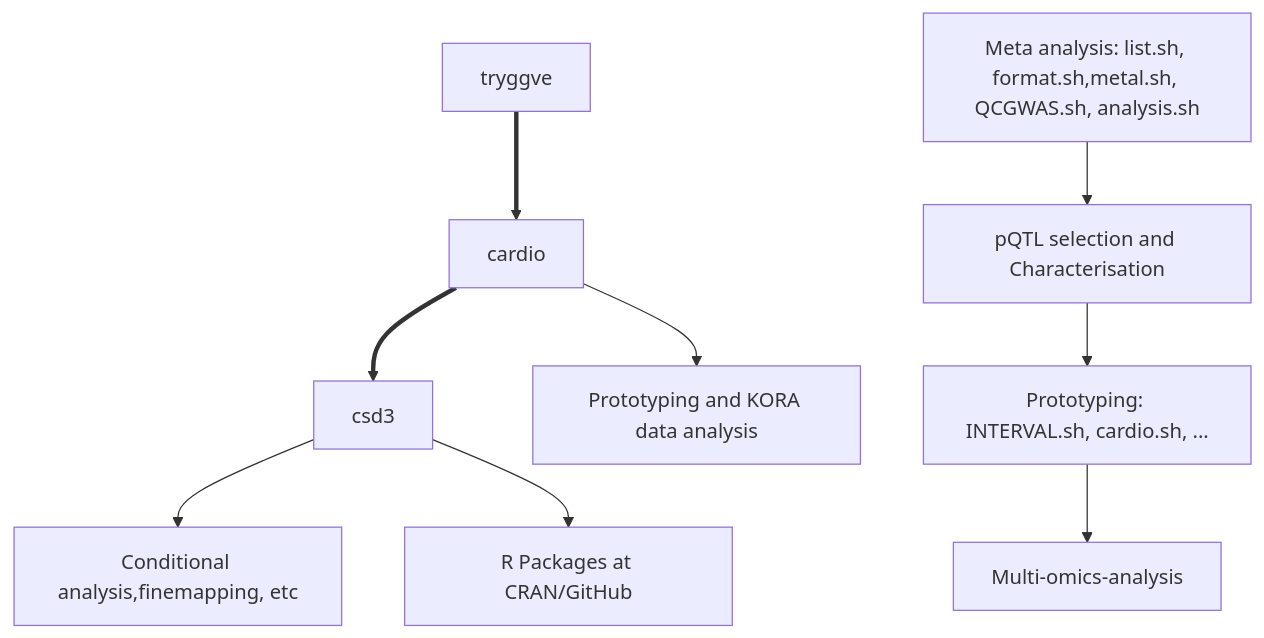
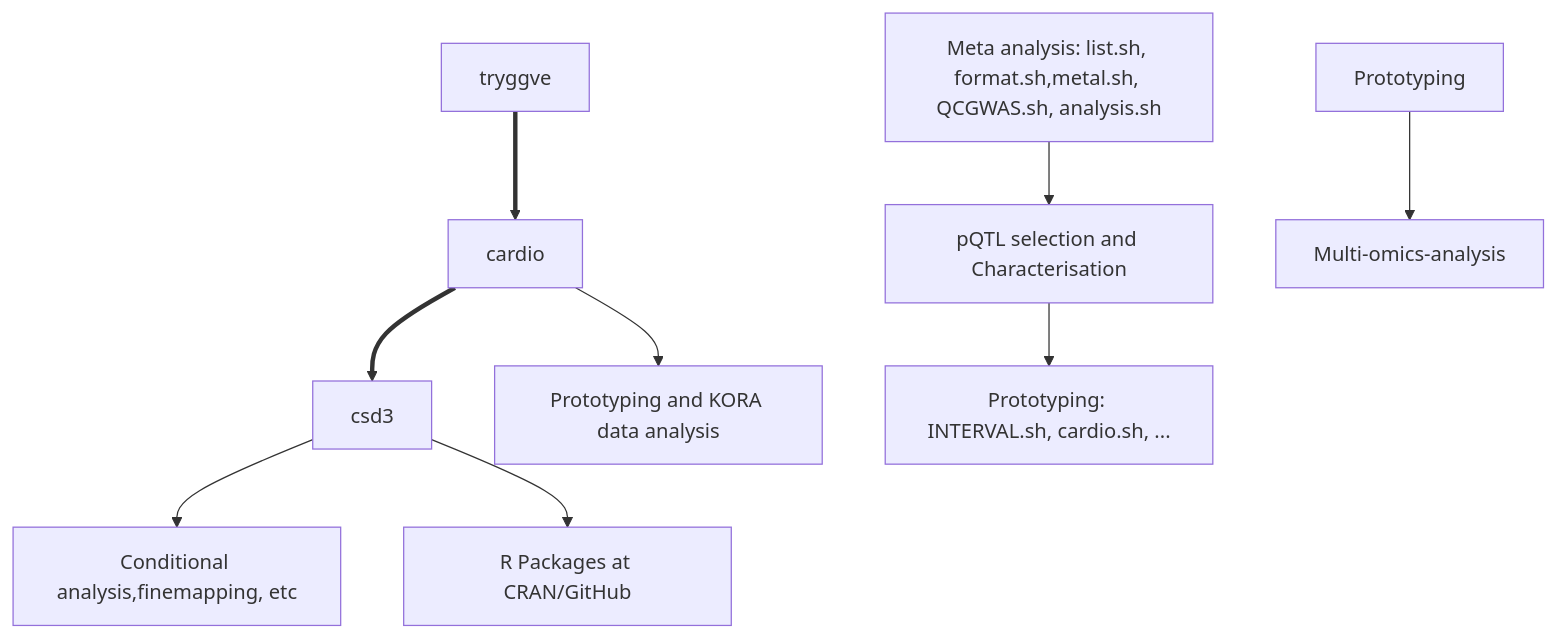
The diagram in README.md (jinghuazhao/INF), drawn with Mermaid before and after one commit.

````diff
--- a/README.md
+++ b/README.md
@@ -7,10 +7,10 @@
 ```mermaid
 graph TB;
 tryggve ==> cardio ==> csd3;
 MetaAnalysis[Meta analysis: list.sh, format.sh,metal.sh, QCGWAS.sh, analysis.sh] --> GWAS[pQTL selection and Characterisation];
-GWAS --> Protyping[Prototyping: INTERVAL.sh, cardio.sh, ...];
-Protyping --> Multi-omics-analysis;
+GWAS --> Prottoyping[Prototyping: INTERVAL.sh, cardio.sh, ...];
+Prototyping --> Multi-omics-analysis;
 cardio --> cardioAnalysis[Prototyping and KORA data analysis];
 csd3 --> FurtherAnalysis[Conditional analysis,finemapping, etc];
 csd3 --> code[R Packages at CRAN/GitHub]; 
 ```
````
